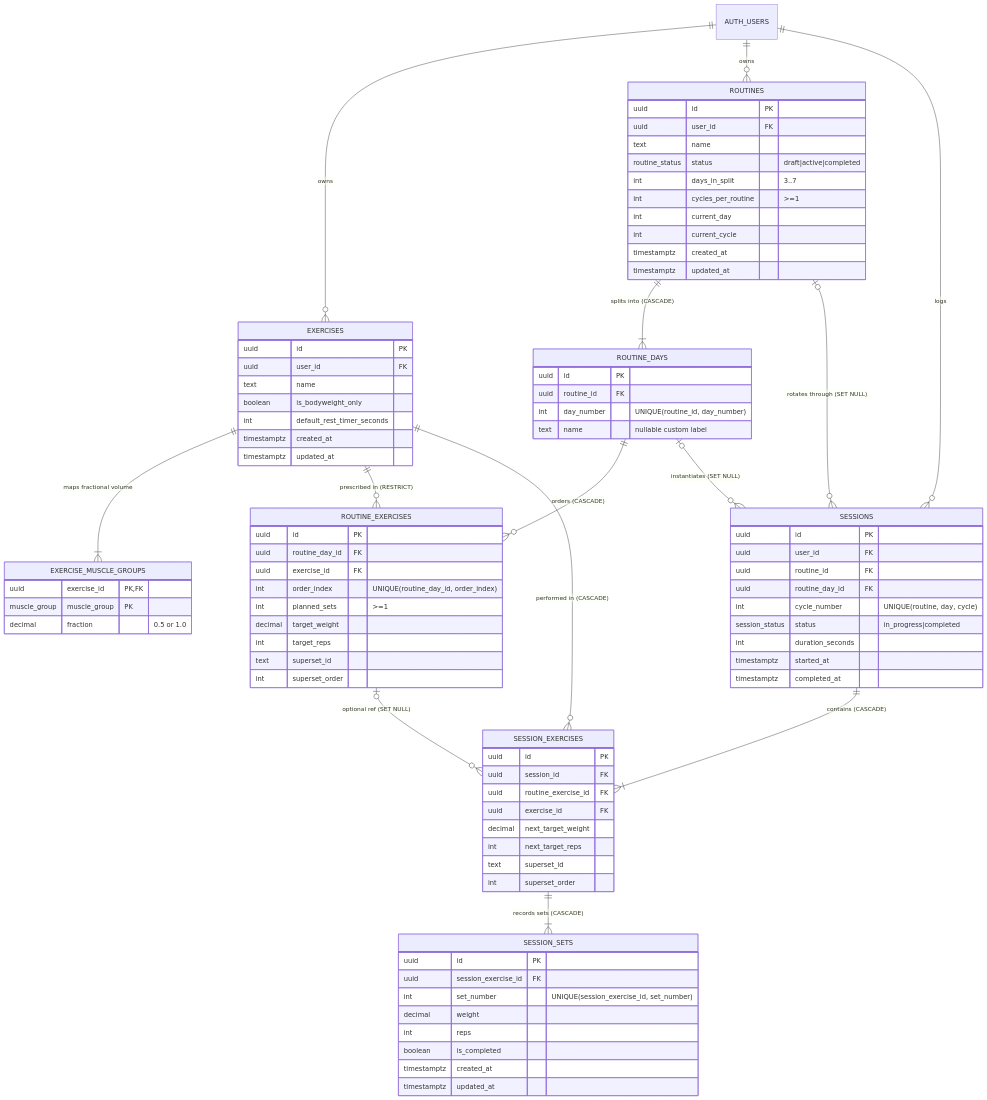
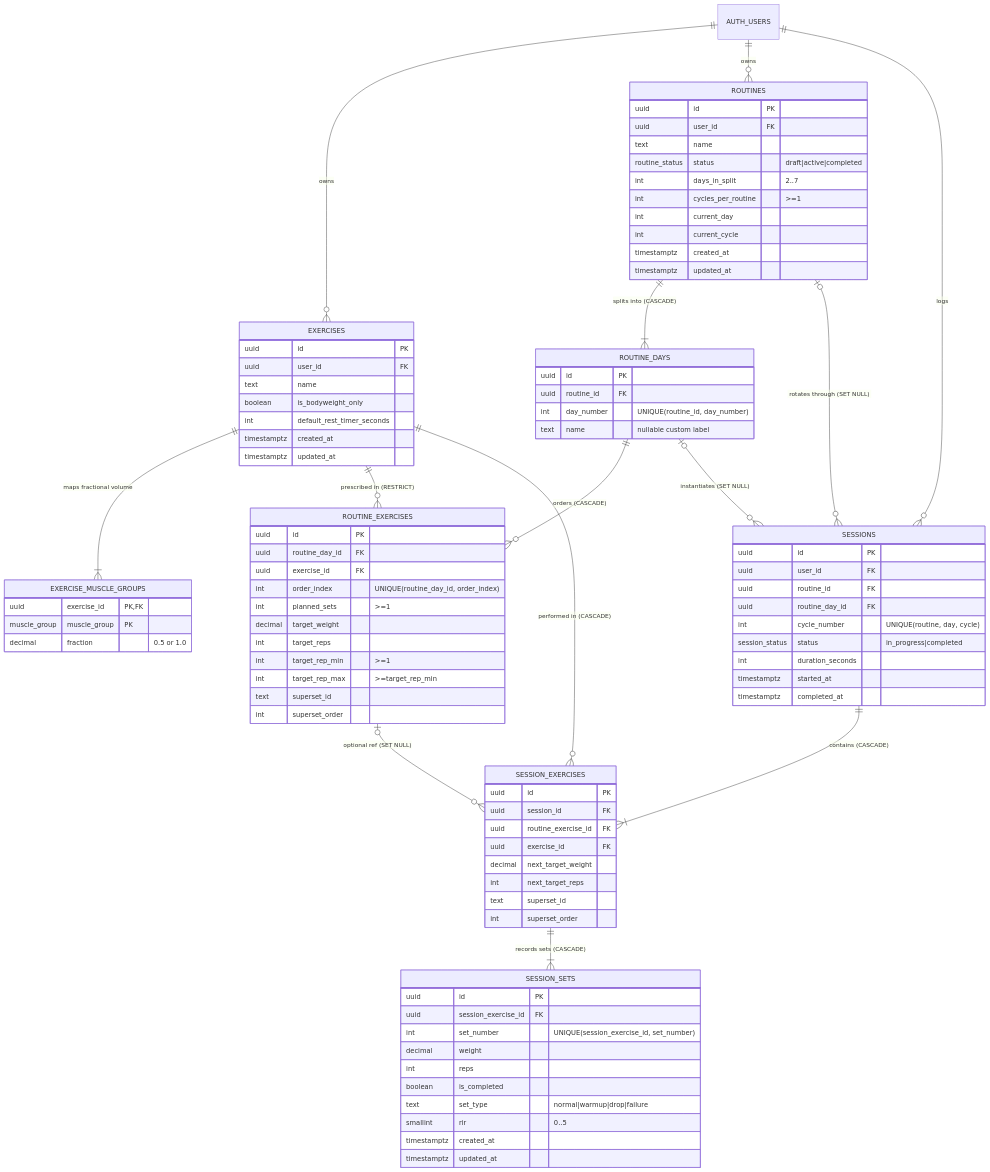
Before and after one commit to jablack10716/workout-tracker: the diagram in docs/reference/02-data-model-and-schema.md, drawn with Mermaid. The commit also changed other lines of this file and 22 other files, not shown here.

Commit message:
feat(phase2): edit split, superset ergonomics, set types, and ACSM engine

```diff
--- a/docs/reference/02-data-model-and-schema.md
+++ b/docs/reference/02-data-model-and-schema.md
@@ -213,7 +217,7 @@
         uuid user_id FK
         text name
         routine_status status "draft|active|completed"
-        int days_in_split "3..7"
+        int days_in_split "2..7"
         int cycles_per_routine ">=1"
         int current_day
         int current_cycle
@@ -236,6 +240,8 @@
         int planned_sets ">=1"
         decimal target_weight
         int target_reps
+        int target_rep_min ">=1"
+        int target_rep_max ">=target_rep_min"
         text superset_id
         int superset_order
     }
@@ -270,6 +276,8 @@
         decimal weight
         int reps
         boolean is_completed
+        text set_type "normal|warmup|drop|failure"
+        smallint rir "0..5"
         timestamptz created_at
         timestamptz updated_at
     }
```
